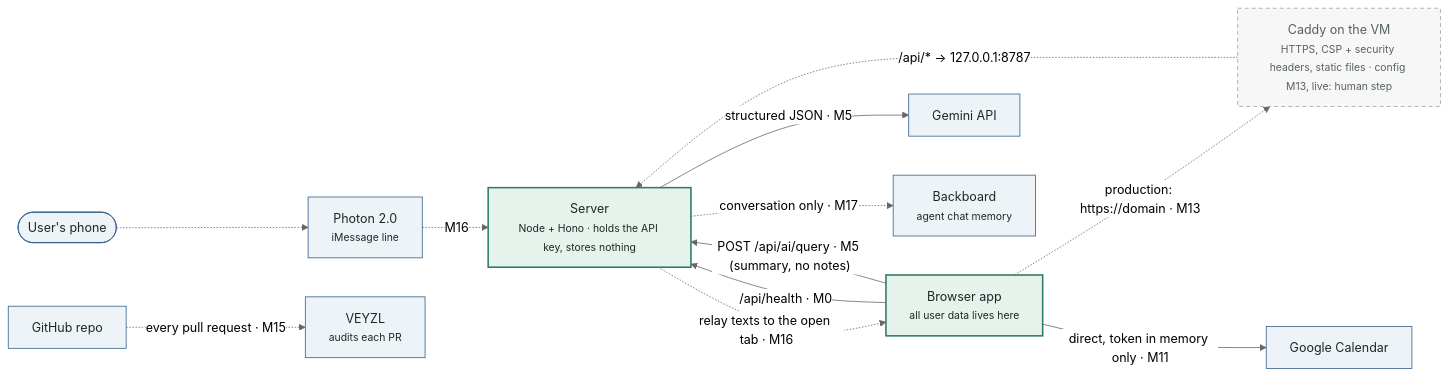
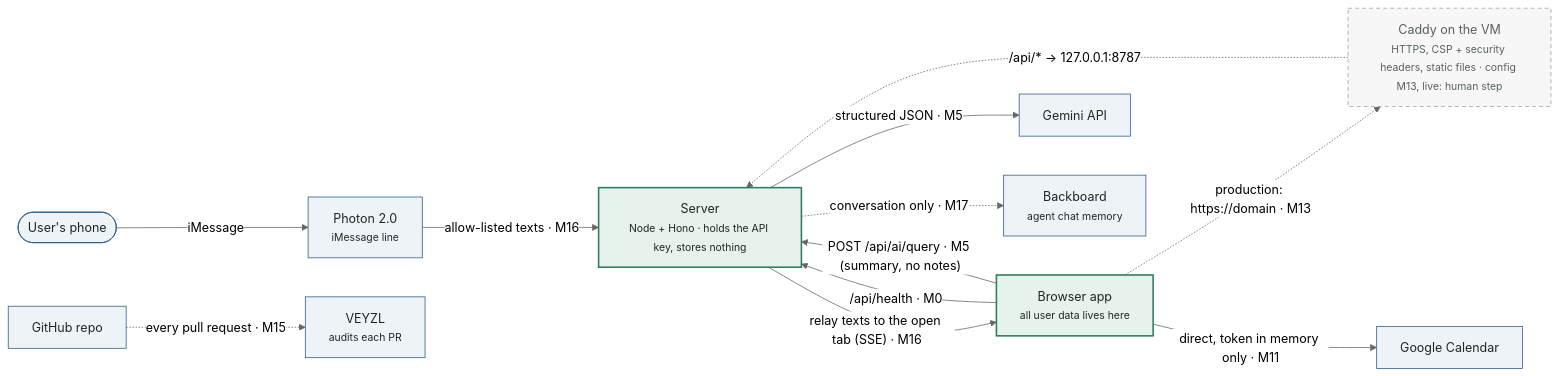
One commit to trafwel/ConnectWork changed the first of 3 diagrams in docs/ARCHITECTURE.md. Above: the diagram before and after it, drawn with Mermaid (neutral theme). The commit also changed other lines of this file and 27 other files, not shown here.

First line of the commit message:
M16: texting agent on Photon iMessage, answered by the open tab

````diff
--- a/docs/ARCHITECTURE.md
+++ b/docs/ARCHITECTURE.md
@@ -9,28 +9,28 @@
 ```mermaid
 flowchart LR
   Phone(["User's phone"]):::external
   Browser["Browser app<br/><small>all user data lives here</small>"]:::built
   Server["Server<br/><small>Node + Hono · holds the API key, stores nothing</small>"]:::built
   Caddy["Caddy on the VM<br/><small>HTTPS, CSP + security headers, static files · config M13, live: human step</small>"]:::planned
   Gemini["Gemini API"]:::external
   GCal["Google Calendar"]:::external
   Photon["Photon 2.0<br/><small>iMessage line</small>"]:::external
   Backboard["Backboard<br/><small>agent chat memory</small>"]:::external
   GitHub["GitHub repo"]:::external
   VEYZL["VEYZL<br/><small>audits each PR</small>"]:::external
 
   Browser -.->|"production: https://domain · M13"| Caddy
   Caddy -.->|"/api/* → 127.0.0.1:8787"| Server
   Browser -->|"/api/health · M0"| Server
   Browser -->|"POST /api/ai/query · M5 (summary, no notes)"| Server
   Server -->|"structured JSON · M5"| Gemini
   Browser -->|"direct, token in memory only · M11"| GCal
-  Phone -.-> Photon -.->|"M16"| Server
-  Server -.->|"relay texts to the open tab · M16"| Browser
+  Phone -->|"iMessage"| Photon -->|"allow-listed texts · M16"| Server
+  Server -->|"relay texts to the open tab (SSE) · M16"| Browser
   Server -.->|"conversation only · M17"| Backboard
   GitHub -.->|"every pull request · M15"| VEYZL
 
   classDef built fill:#e6f2ec,stroke:#2e7d5b,stroke-width:2px,color:#1d2a24;
   classDef planned fill:#f6f7f6,stroke:#9aa39c,stroke-dasharray:5 4,color:#56635b;
   classDef external fill:#eef3f8,stroke:#2f5d8a,color:#1d2a24;
 ```
````
